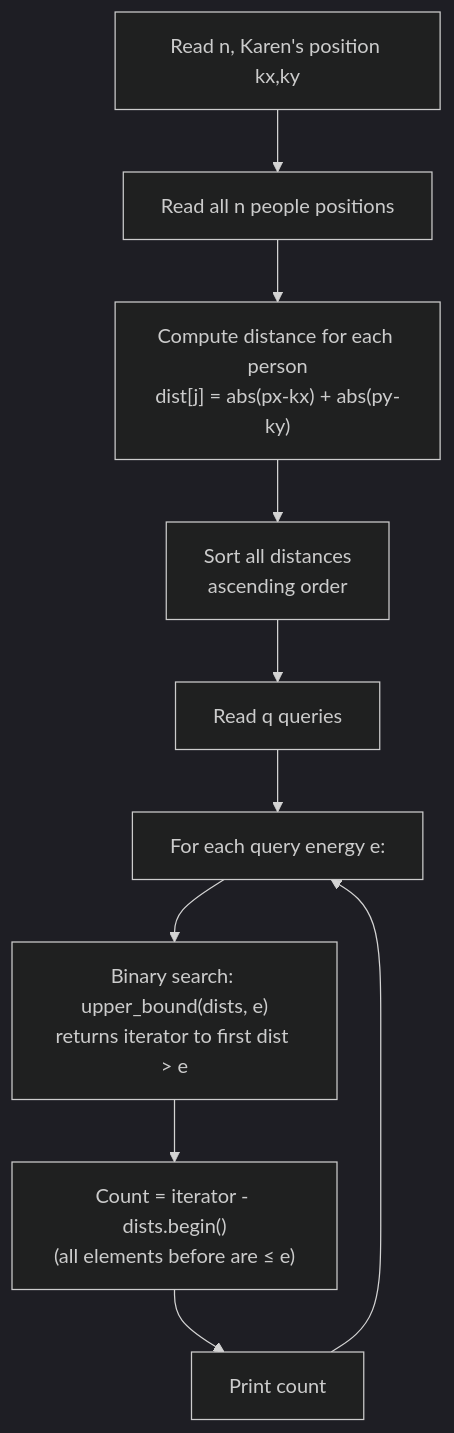
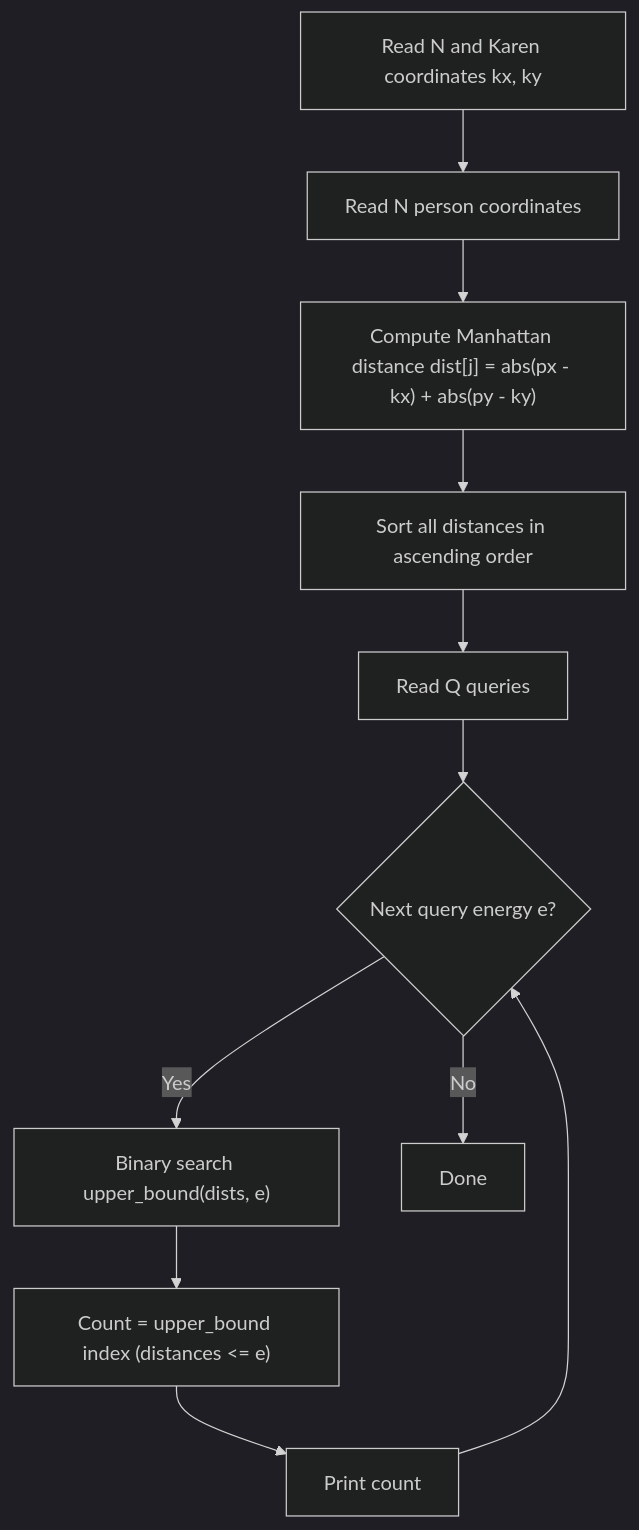
One commit to 2ru17/Project-Engram changed the first of 2 diagrams in content/Main Notes/3rd Year/Term 1/CSALGCM/Module 2 - Divide and Conquer/Problem Sets/[PS] Priestess Arcana Problems/01 - Its Like I Have ESPN Or Something.md. Above: the diagram before and after it, drawn with Mermaid (dark theme). The commit also changed other lines of this file and 84 other files, not shown here.

````diff
--- a/content/Main Notes/3rd Year/Term 1/CSALGCM/Module 2 - Divide and Conquer/Problem Sets/[PS] Priestess Arcana Problems/01 - Its Like I Have ESPN Or Something.md
+++ b/content/Main Notes/3rd Year/Term 1/CSALGCM/Module 2 - Divide and Conquer/Problem Sets/[PS] Priestess Arcana Problems/01 - Its Like I Have ESPN Or Something.md
@@ -80,12 +105,13 @@
 ```mermaid
 flowchart TD
-    A["Read n, Karen's position kx,ky"] --> B
-    B["Read all n people positions"] --> C
-    C["Compute distance for each person\ndist[j] = abs(px-kx) + abs(py-ky)"] --> D
-    D["Sort all distances\nascending order"] --> E
-    E["Read q queries"] --> F
-    F["For each query energy e:"] --> G
-    G["Binary search: upper_bound(dists, e)\nreturns iterator to first dist > e"] --> H
-    H["Count = iterator - dists.begin()\n(all elements before are ≤ e)"] --> I
-    I["Print count"] --> F
+    A["Read N and Karen coordinates kx, ky"] --> B["Read N person coordinates"]
+    B --> C["Compute Manhattan distance dist[j] = abs(px - kx) + abs(py - ky)"]
+    C --> D["Sort all distances in ascending order"]
+    D --> E["Read Q queries"]
+    E --> F{"Next query energy e?"}
+    F -->|"Yes"| G["Binary search upper_bound(dists, e)"]
+    G --> H["Count = upper_bound index (distances <= e)"]
+    H --> I["Print count"]
+    I --> F
+    F -->|"No"| J["Done"]
 ```
````
